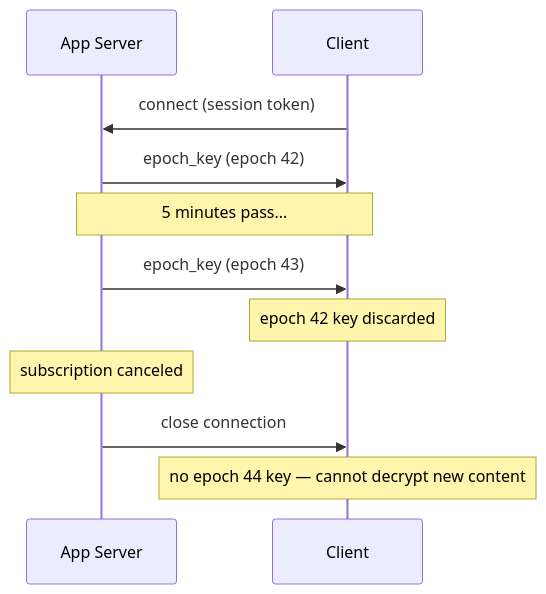
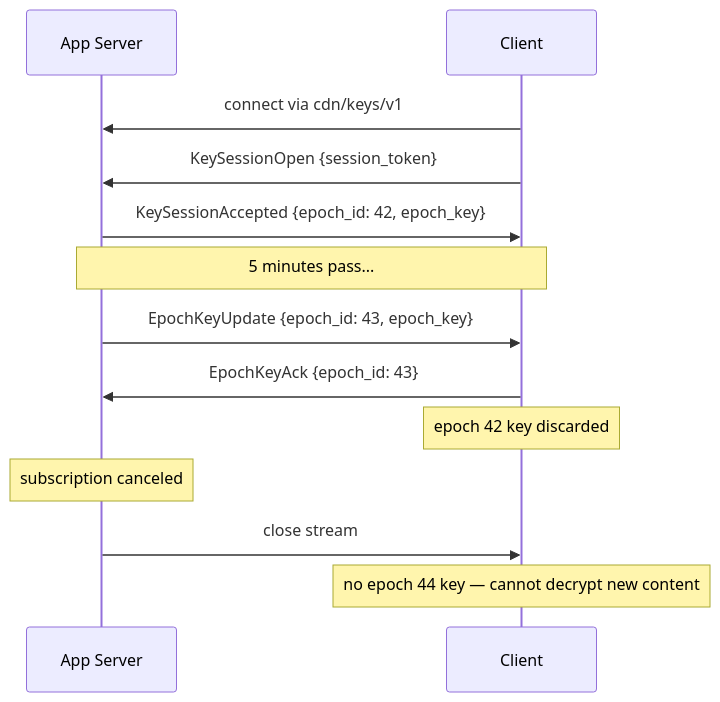
The first of 4 diagrams in adr/006-e2e-encryption.md (decdn/decdn), drawn with Mermaid before and after one commit. The commit also changed other lines of this file and 3 other files, not shown here.

First line of the commit message:
docs: integrate cdn/keys/v1 protocol detail from PR #47

````diff
--- a/adr/006-e2e-encryption.md
+++ b/adr/006-e2e-encryption.md
@@ -73,18 +73,20 @@
 ```mermaid
 sequenceDiagram
     participant A as App Server
     participant C as Client
 
-    C->>A: connect (session token)
-    A->>C: epoch_key (epoch 42)
+    C->>A: connect via cdn/keys/v1
+    C->>A: KeySessionOpen {session_token}
+    A->>C: KeySessionAccepted {epoch_id: 42, epoch_key}
 
     Note over A,C: 5 minutes pass...
 
-    A->>C: epoch_key (epoch 43)
+    A->>C: EpochKeyUpdate {epoch_id: 43, epoch_key}
+    C->>A: EpochKeyAck {epoch_id: 43}
     Note over C: epoch 42 key discarded
 
     Note over A: subscription canceled
 
-    A->>C: close connection
+    A->>C: close stream
     Note over C: no epoch 44 key — cannot decrypt new content
 ```
````
